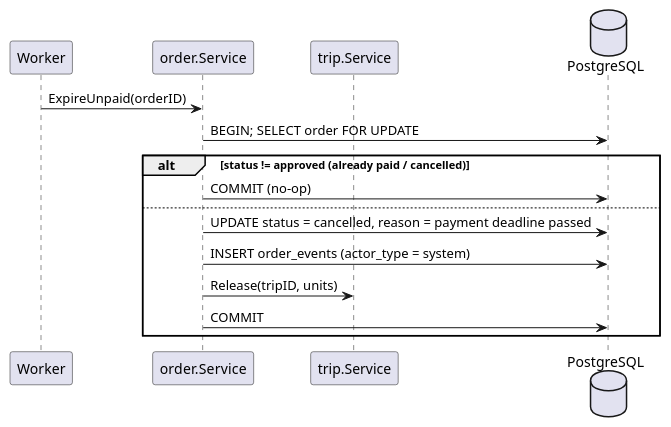
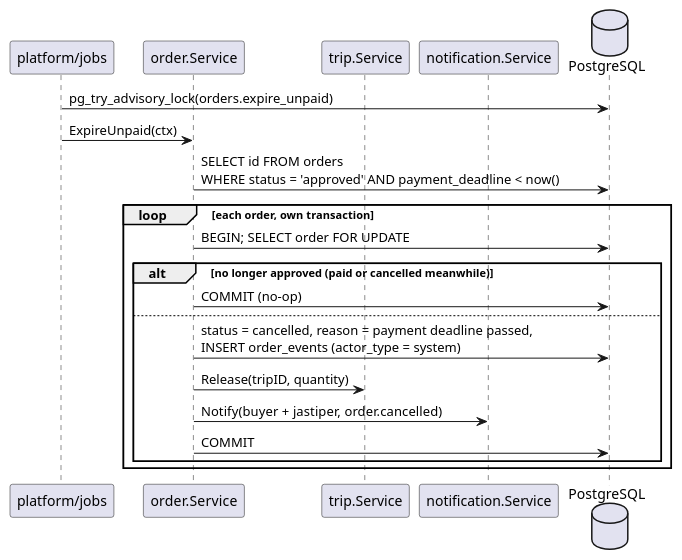
One commit to Titip-Dong/titipdong-be changed the fifth of 5 diagrams in docs/features/order.md. Above: the diagram before and after it, drawn with PlantUML. The commit also changed other lines of this file and 11 other files, not shown here.

````diff
--- a/docs/features/order.md
+++ b/docs/features/order.md
@@ -263,19 +275,24 @@
 ```plantuml
 @startuml
-participant "Worker" as W
+participant "platform/jobs" as J
 participant "order.Service" as S
 participant "trip.Service" as T
+participant "notification.Service" as N
 database PostgreSQL as DB
 
-W -> S : ExpireUnpaid(orderID)
-S -> DB : BEGIN; SELECT order FOR UPDATE
-alt status != approved (already paid / cancelled)
-  S -> DB : COMMIT (no-op)
-else
-  S -> DB : UPDATE status = cancelled, reason = payment deadline passed
-  S -> DB : INSERT order_events (actor_type = system)
-  S -> T : Release(tripID, units)
-  S -> DB : COMMIT
+J -> DB : pg_try_advisory_lock(orders.expire_unpaid)
+J -> S : ExpireUnpaid(ctx)
+S -> DB : SELECT id FROM orders\nWHERE status = 'approved' AND payment_deadline < now()
+loop each order, own transaction
+  S -> DB : BEGIN; SELECT order FOR UPDATE
+  alt no longer approved (paid or cancelled meanwhile)
+    S -> DB : COMMIT (no-op)
+  else
+    S -> DB : status = cancelled, reason = payment deadline passed,\nINSERT order_events (actor_type = system)
+    S -> T : Release(tripID, quantity)
+    S -> N : Notify(buyer + jastiper, order.cancelled)
+    S -> DB : COMMIT
+  end
 end
 @enduml
 ```
````
